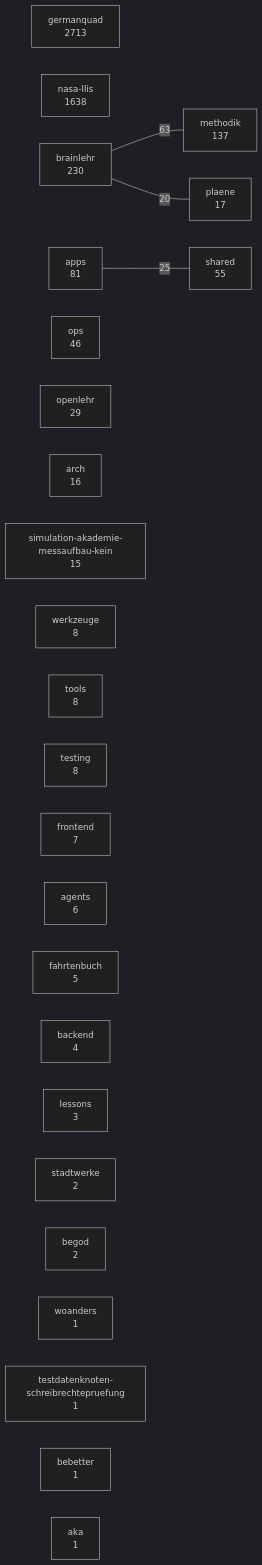
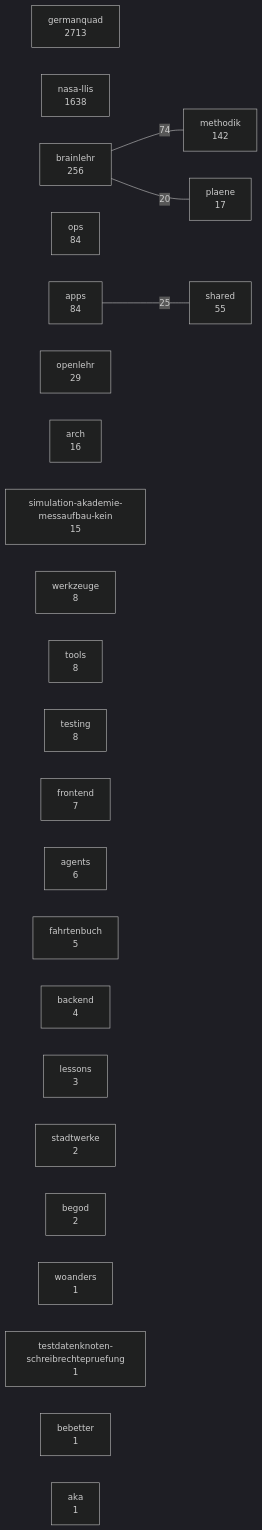
The diagram in docs/karten/bestand.md (3lehr/brainlehr), drawn with Mermaid (dark theme) before and after one commit. The commit also changed 7 other files, not shown here.

````diff
--- a/docs/karten/bestand.md
+++ b/docs/karten/bestand.md
@@ -5,31 +5,31 @@
 ```mermaid
 graph LR
   germanquad["germanquad<br/>2713"]
   nasa_llis["nasa-llis<br/>1638"]
-  brainlehr["brainlehr<br/>230"]
-  methodik["methodik<br/>137"]
-  apps["apps<br/>81"]
+  brainlehr["brainlehr<br/>256"]
+  methodik["methodik<br/>142"]
+  ops["ops<br/>84"]
+  apps["apps<br/>84"]
   shared["shared<br/>55"]
-  ops["ops<br/>46"]
   openlehr["openlehr<br/>29"]
   plaene["plaene<br/>17"]
   arch["arch<br/>16"]
   simulation_akademie_messaufbau_kein["simulation-akademie-messaufbau-kein<br/>15"]
   werkzeuge["werkzeuge<br/>8"]
   tools["tools<br/>8"]
   testing["testing<br/>8"]
   frontend["frontend<br/>7"]
   agents["agents<br/>6"]
   fahrtenbuch["fahrtenbuch<br/>5"]
   backend["backend<br/>4"]
   lessons["lessons<br/>3"]
   stadtwerke["stadtwerke<br/>2"]
   begod["begod<br/>2"]
   woanders["woanders<br/>1"]
   testdatenknoten_schreibrechtepruefung["testdatenknoten-schreibrechtepruefung<br/>1"]
   bebetter["bebetter<br/>1"]
   aka["aka<br/>1"]
-  brainlehr ---|63| methodik
+  brainlehr ---|74| methodik
   apps ---|25| shared
   brainlehr ---|20| plaene
 ```
````
